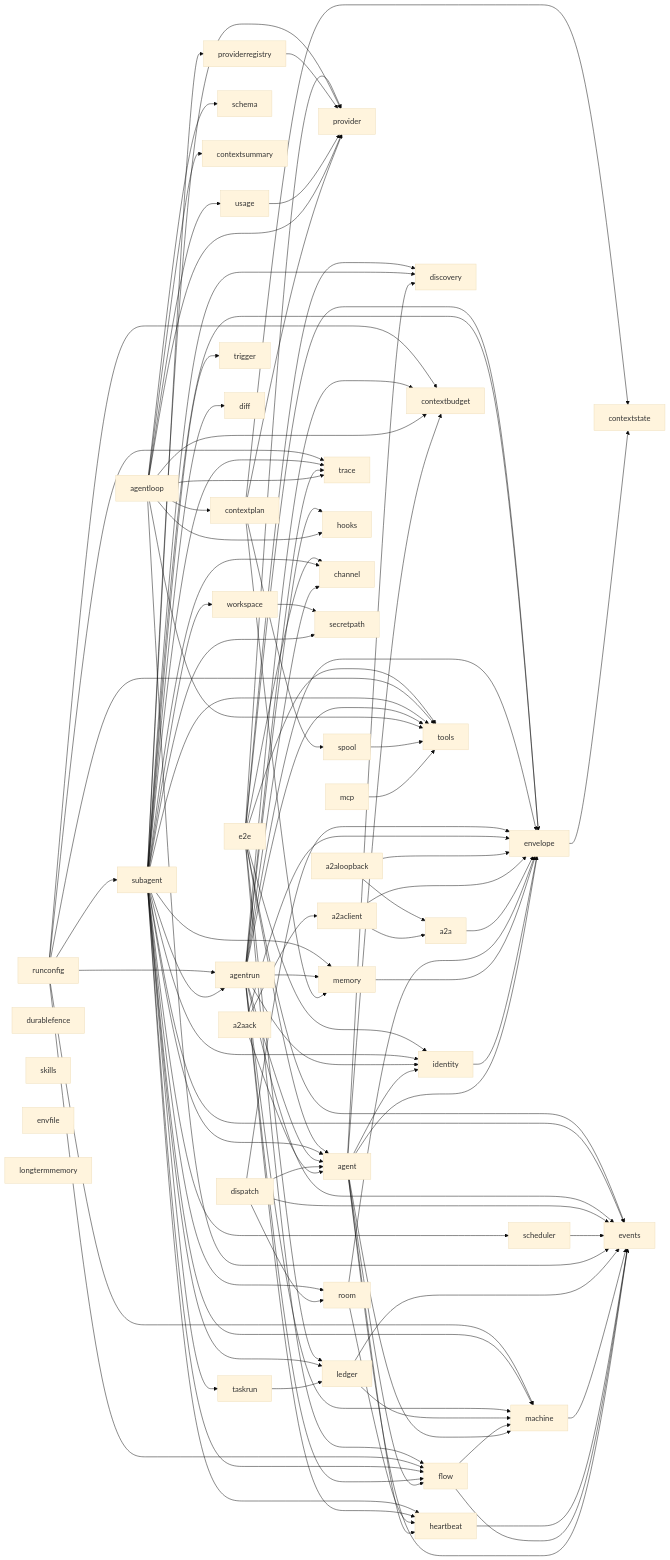
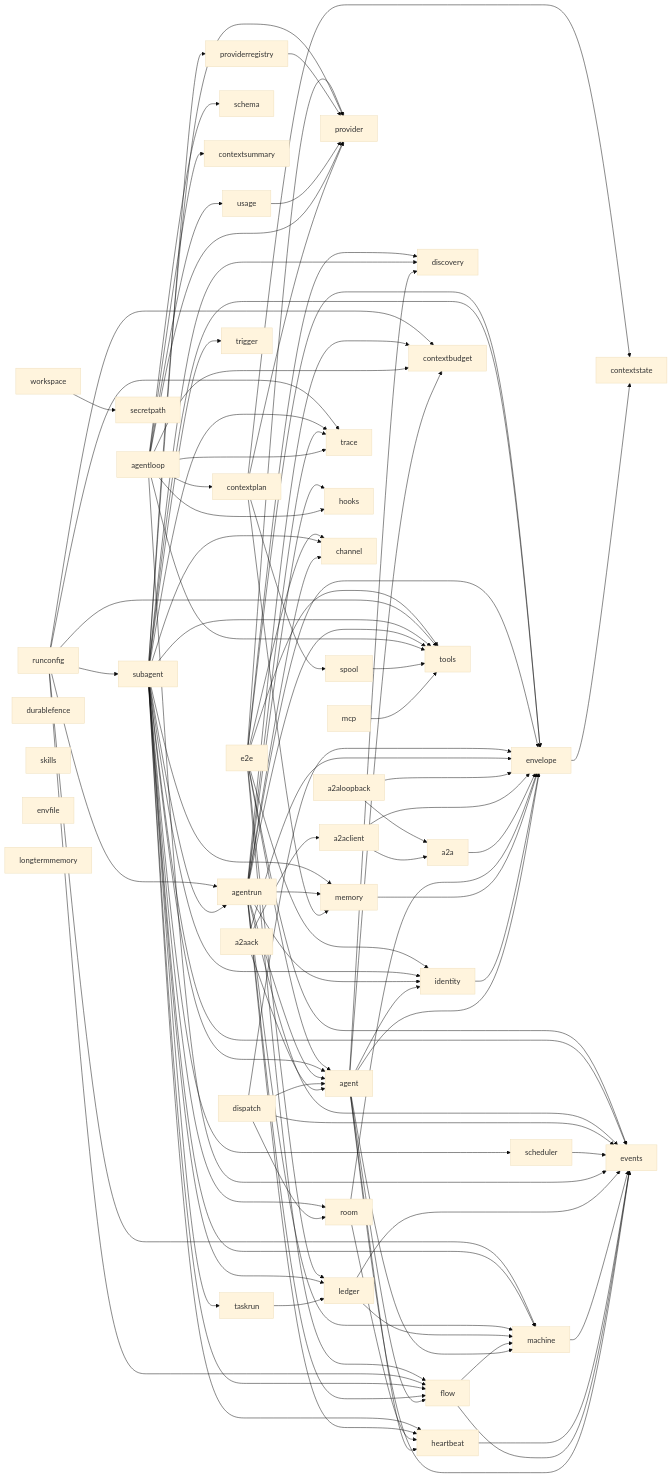
Before and after one commit to MiviaLabs/mivia-ai-sdk: the first of 2 diagrams in docs/architecture.md, drawn with Mermaid (base theme). The commit also changed other lines of this file and 36 other files, not shown here.

```diff
--- a/docs/architecture.md
+++ b/docs/architecture.md
@@ -119,9 +119,6 @@
     subagent --> tools
     subagent --> trace
     subagent --> trigger
-    subagent --> diff
-    subagent --> secretpath
-    subagent --> workspace
     workspace --> secretpath
     runconfig --> agentrun
     runconfig --> contextbudget
```
